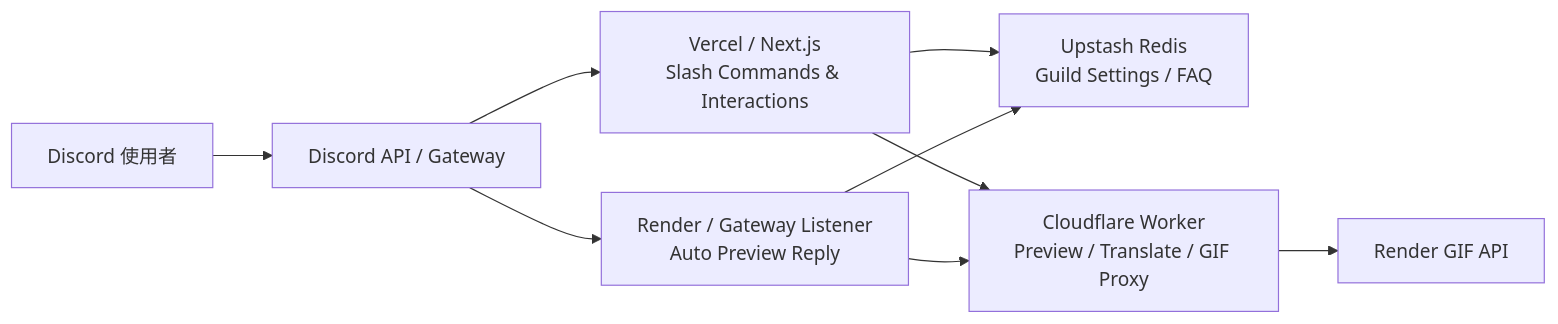
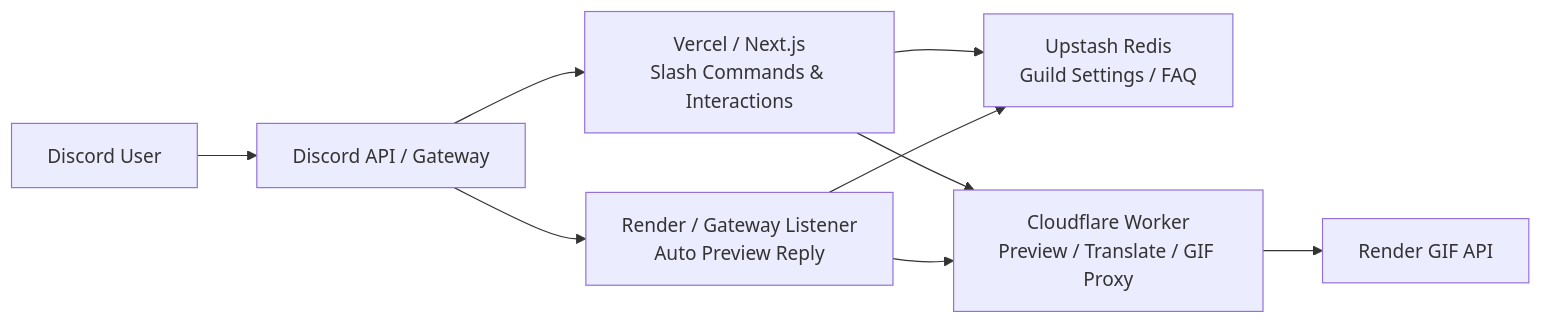
The diagram in README.md (BlackishGreen33/Nextjs-Discord-Bot), drawn with Mermaid before and after one commit. The commit also changed other lines of this file and 2 other files, not shown here.

````diff
--- a/README.md
+++ b/README.md
@@ -94,11 +94,11 @@
 ```mermaid
 flowchart LR
-  User["Discord 使用者"] --> Discord["Discord API / Gateway"]
+  User["Discord User"] --> Discord["Discord API / Gateway"]
   Discord --> Vercel["Vercel / Next.js\nSlash Commands & Interactions"]
   Discord --> RenderListener["Render / Gateway Listener\nAuto Preview Reply"]
   Vercel --> Redis["Upstash Redis\nGuild Settings / FAQ"]
   RenderListener --> Redis
   Vercel --> Worker["Cloudflare Worker\nPreview / Translate / GIF Proxy"]
   RenderListener --> Worker
   Worker --> RenderGif["Render GIF API"]
 ```
````
